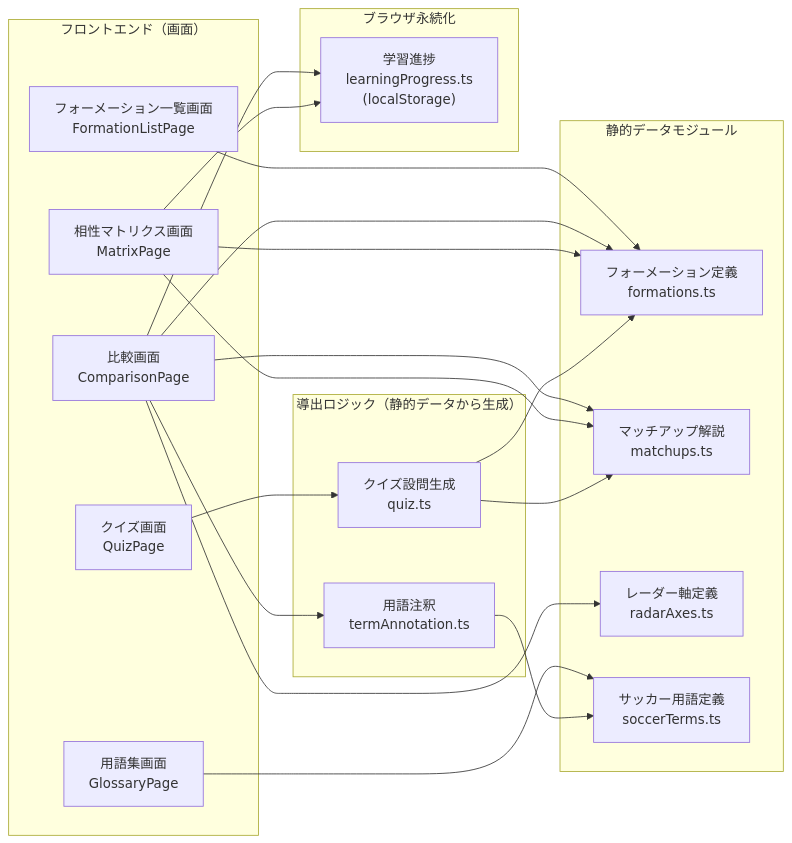
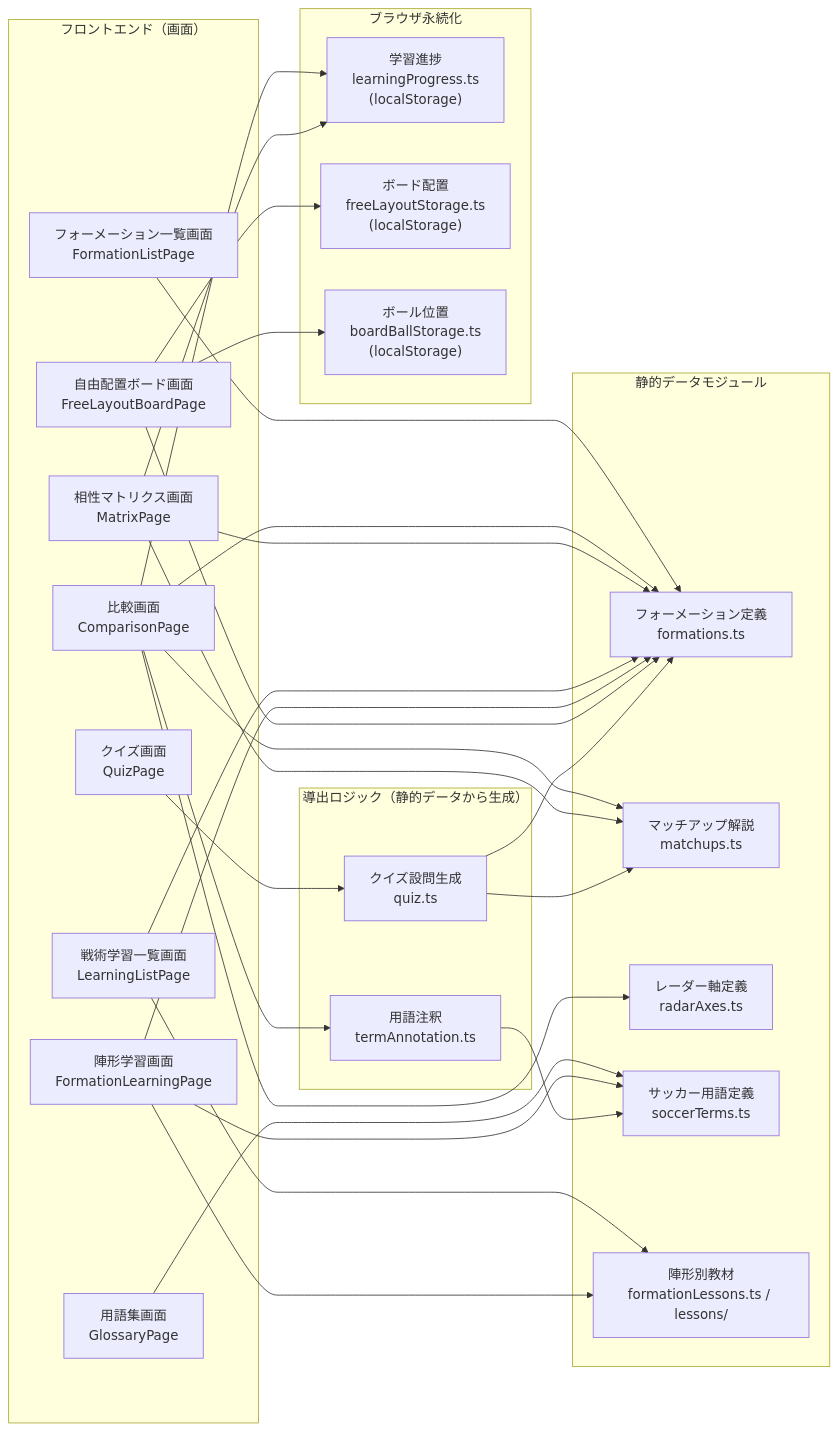
Before and after one commit to n-yata/soccer-sim: the fourth of 4 diagrams in docs/specs/1_requirements/functional-overview.md, drawn with Mermaid. The commit also changed other lines of this file and 10 other files, not shown here.

````diff
--- a/docs/specs/1_requirements/functional-overview.md
+++ b/docs/specs/1_requirements/functional-overview.md
@@ -351,38 +352,52 @@
 ```mermaid
 flowchart LR
     subgraph FE["フロントエンド（画面）"]
       S1["フォーメーション一覧画面<br/>FormationListPage"]
       S2["比較画面<br/>ComparisonPage"]
       S3["相性マトリクス画面<br/>MatrixPage"]
       S4["用語集画面<br/>GlossaryPage"]
       S5["クイズ画面<br/>QuizPage"]
+      S6["戦術学習一覧画面<br/>LearningListPage"]
+      S7["陣形学習画面<br/>FormationLearningPage"]
+      S8["自由配置ボード画面<br/>FreeLayoutBoardPage"]
     end
     subgraph DATA["静的データモジュール"]
       D1["フォーメーション定義<br/>formations.ts"]
       D2["マッチアップ解説<br/>matchups.ts"]
       D3["レーダー軸定義<br/>radarAxes.ts"]
       D4["サッカー用語定義<br/>soccerTerms.ts"]
+      D5["陣形別教材<br/>formationLessons.ts / lessons/"]
     end
     subgraph DERIVED["導出ロジック（静的データから生成）"]
       L1["用語注釈<br/>termAnnotation.ts"]
       L2["クイズ設問生成<br/>quiz.ts"]
     end
     subgraph STORAGE["ブラウザ永続化"]
       P1["学習進捗<br/>learningProgress.ts<br/>(localStorage)"]
+      P2["ボード配置<br/>freeLayoutStorage.ts<br/>(localStorage)"]
+      P3["ボール位置<br/>boardBallStorage.ts<br/>(localStorage)"]
     end
 
     S1 --> D1
     S2 --> D1
     S2 --> D2
     S2 --> D3
     S2 --> L1
     S2 --> P1
     S3 --> D1
     S3 --> D2
     S3 --> P1
     S4 --> D4
     S5 --> L2
+    S6 --> D1
+    S6 --> D5
+    S7 --> D1
+    S7 --> D4
+    S7 --> D5
+    S8 --> D1
+    S8 --> P2
+    S8 --> P3
     L1 --> D4
     L2 --> D1
     L2 --> D2
 ```
````
